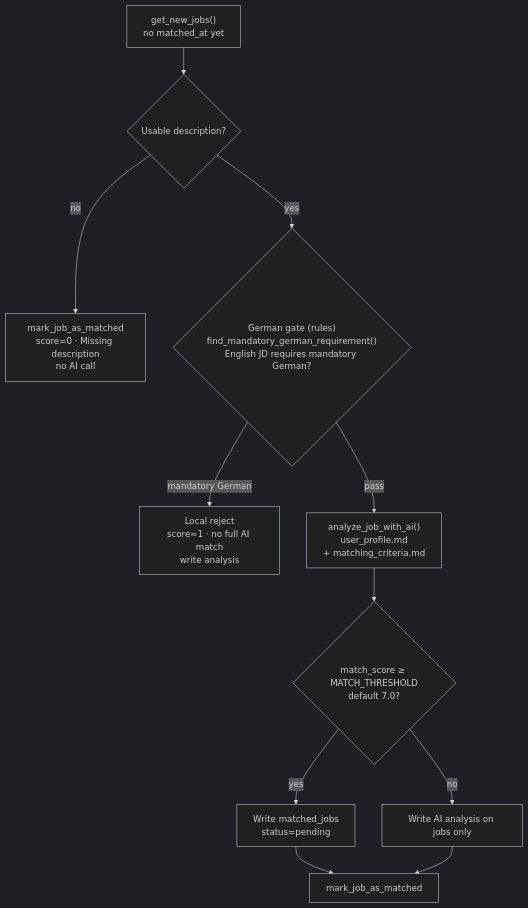
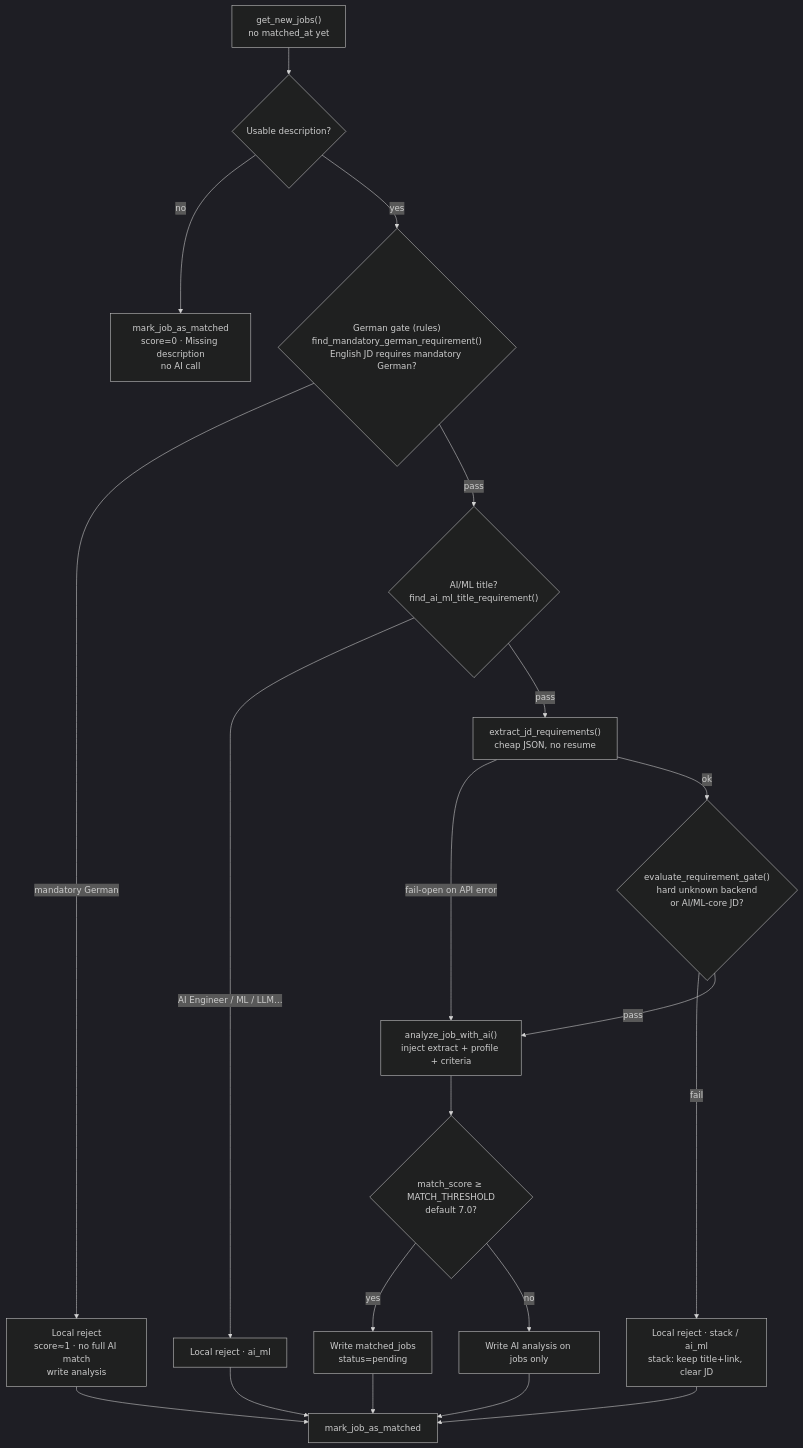
Before and after one commit to JialiNong/job_scraper: the fifth of 5 diagrams in docs/architecture.md, drawn with Mermaid (dark theme). The commit also changed other lines of this file and 11 other files, not shown here.

````diff
--- a/docs/architecture.md
+++ b/docs/architecture.md
@@ -285,18 +286,27 @@
 ```mermaid
 flowchart TD
     New["get_new_jobs()<br/>no matched_at yet"]
 
     New --> Empty{"Usable description?"}
     Empty -->|no| FailEmpty["mark_job_as_matched<br/>score=0 · Missing description<br/>no AI call"]
 
     Empty -->|yes| Gate{"German gate (rules)<br/>find_mandatory_german_requirement()<br/>English JD requires mandatory German?"}
 
     Gate -->|mandatory German| FailDE["Local reject<br/>score≈1 · no full AI match<br/>write analysis"]
-    Gate -->|pass| AI["analyze_job_with_ai()<br/>user_profile.md<br/>+ matching_criteria.md"]
+    Gate -->|pass| TitleML{"AI/ML title?<br/>find_ai_ml_title_requirement()"}
+    TitleML -->|AI Engineer / ML / LLM…| FailML["Local reject · ai_ml"]
+    TitleML -->|pass| Extract["extract_jd_requirements()<br/>cheap JSON, no resume"]
+    Extract -->|fail-open on API error| AI
+    Extract -->|ok| ReqGate{"evaluate_requirement_gate()<br/>hard unknown backend<br/>or AI/ML-core JD?"}
+    ReqGate -->|fail| FailStack["Local reject · stack / ai_ml<br/>stack: keep title+link, clear JD"]
+    ReqGate -->|pass| AI["analyze_job_with_ai()<br/>inject extract + profile + criteria"]
 
     AI --> Score{"match_score ≥ MATCH_THRESHOLD<br/>default 7.0?"}
     Score -->|yes| MJ["Write matched_jobs<br/>status=pending"]
     Score -->|no| OnlyJobs["Write AI analysis on jobs only"]
     MJ --> Mark["mark_job_as_matched"]
     OnlyJobs --> Mark
+    FailDE --> Mark
+    FailML --> Mark
+    FailStack --> Mark
 ```
````
